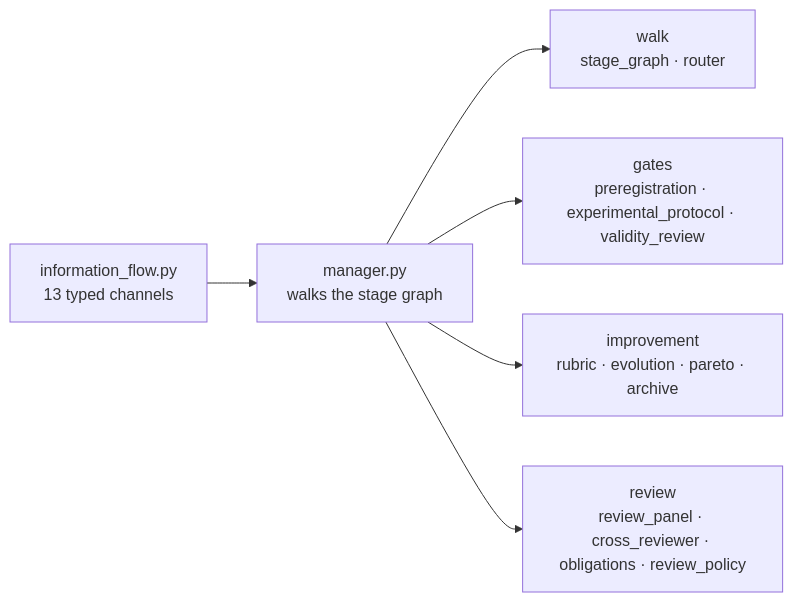
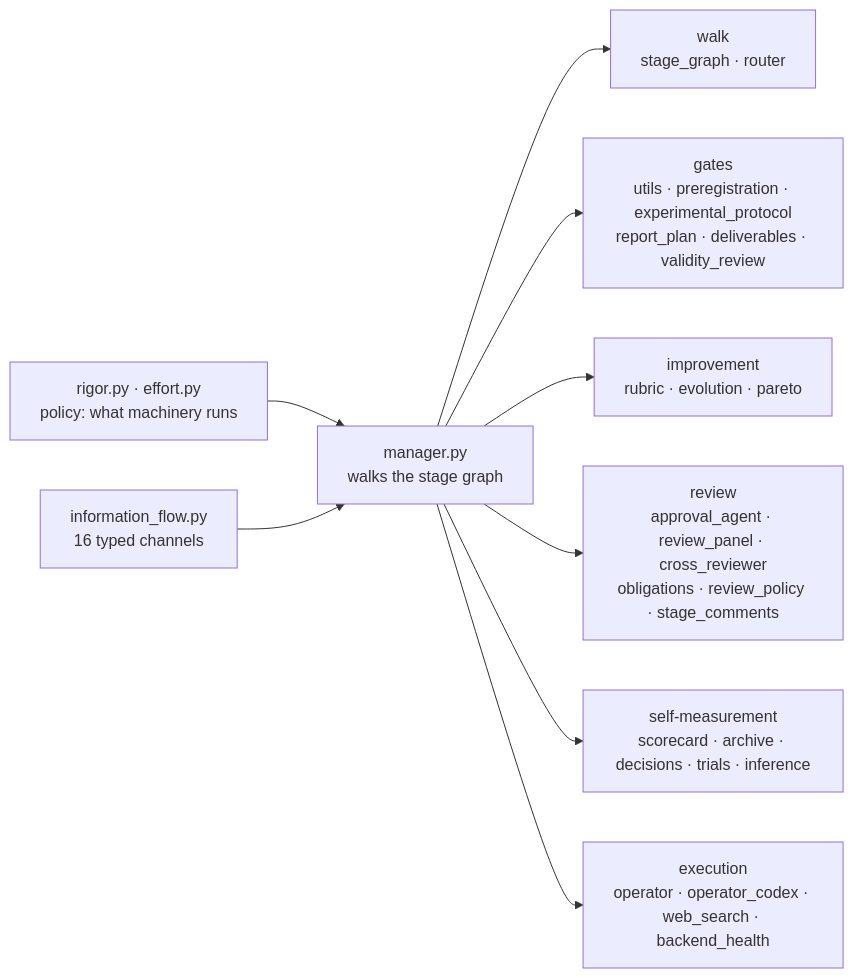
The second of 2 diagrams in README.md (tangxiangru/AutoR), drawn with Mermaid before and after one commit. The commit also changed other lines of this file and 7 other files, not shown here.

````diff
--- a/README.md
+++ b/README.md
@@ -783,8 +692,11 @@
 ```mermaid
 flowchart LR
-    C[information_flow.py<br/>13 typed channels] --> M
+    P[rigor.py · effort.py<br/>policy: what machinery runs] --> M
+    C[information_flow.py<br/>16 typed channels] --> M
     M[manager.py<br/>walks the stage graph] --> W[walk<br/>stage_graph · router]
-    M --> G[gates<br/>preregistration · experimental_protocol · validity_review]
-    M --> I[improvement<br/>rubric · evolution · pareto · archive]
-    M --> R[review<br/>review_panel · cross_reviewer · obligations · review_policy]
+    M --> G[gates<br/>utils · preregistration · experimental_protocol<br/>report_plan · deliverables · validity_review]
+    M --> I[improvement<br/>rubric · evolution · pareto]
+    M --> R[review<br/>approval_agent · review_panel · cross_reviewer<br/>obligations · review_policy · stage_comments]
+    M --> S[self-measurement<br/>scorecard · archive · decisions · trials · inference]
+    M --> X[execution<br/>operator · operator_codex · web_search · backend_health]
 ```
````
